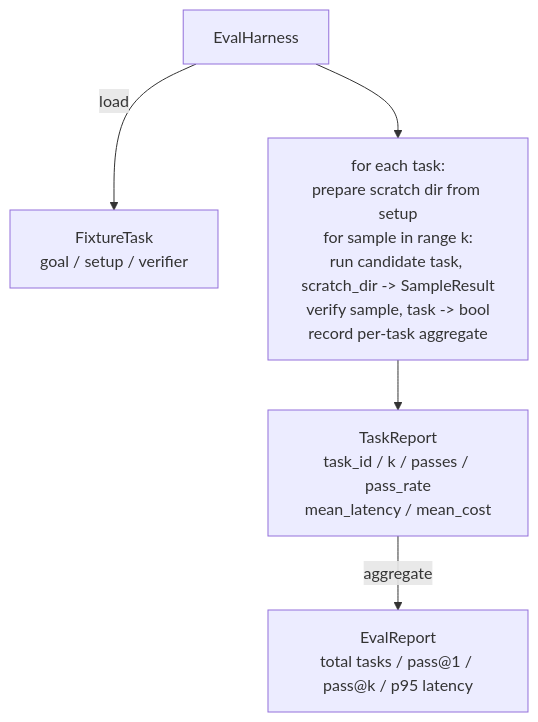
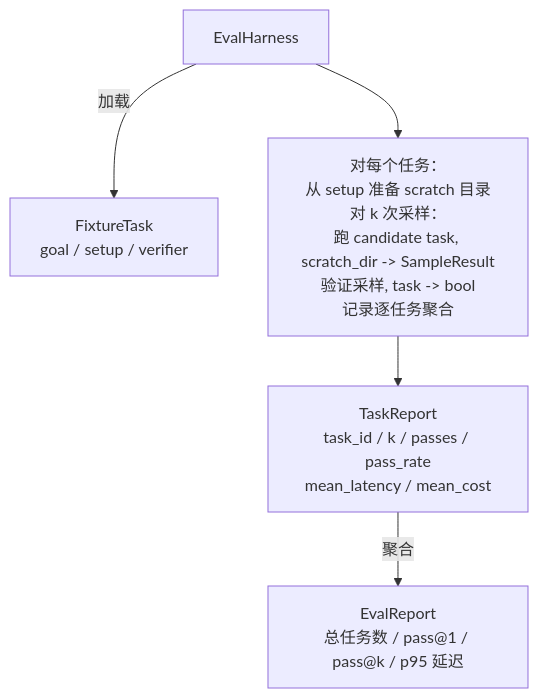
Before and after one commit to alessandrodinisio-ai/ai-engineering-learning-framework: the second of 2 diagrams in phases/19-capstone-projects/27-eval-harness-fixture-tasks/docs/zh.md, drawn with Mermaid. The commit also changed other lines of this file and 120 other files, not shown here.

First line of the commit message:
i18n(mermaid): 337 个 mermaid 图表标签中文化

````diff
--- a/phases/19-capstone-projects/27-eval-harness-fixture-tasks/docs/zh.md
+++ b/phases/19-capstone-projects/27-eval-harness-fixture-tasks/docs/zh.md
@@ -57,7 +57,7 @@
 ```mermaid
 flowchart TD
-  Harness[EvalHarness] -->|load| Task[FixtureTask<br/>goal / setup / verifier]
-  Harness --> Loop[for each task:<br/>prepare scratch dir from setup<br/>for sample in range k:<br/>run candidate task, scratch_dir -> SampleResult<br/>verify sample, task -> bool<br/>record per-task aggregate]
+  Harness[EvalHarness] -->|加载| Task[FixtureTask<br/>goal / setup / verifier]
+  Harness --> Loop[对每个任务：<br/>从 setup 准备 scratch 目录<br/>对 k 次采样：<br/>跑 candidate task, scratch_dir -> SampleResult<br/>验证采样, task -> bool<br/>记录逐任务聚合]
   Loop --> TaskReport[TaskReport<br/>task_id / k / passes / pass_rate<br/>mean_latency / mean_cost]
-  TaskReport -->|aggregate| EvalReport[EvalReport<br/>total tasks / pass@1 / pass@k / p95 latency]
+  TaskReport -->|聚合| EvalReport[EvalReport<br/>总任务数 / pass@1 / pass@k / p95 延迟]
 ```
````
